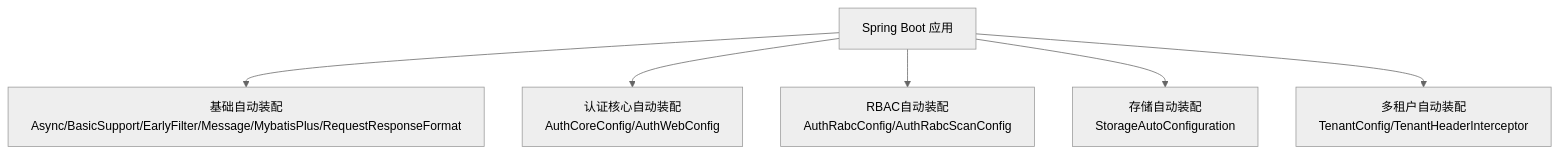
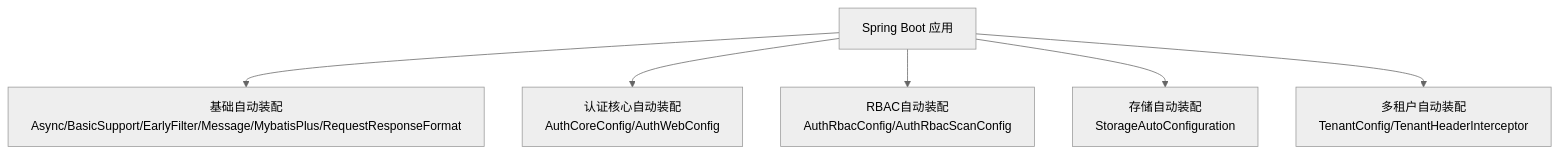
The second of 4 diagrams in .qoder/repowiki/zh/content/快速开始.md (LiukewenSC/kewen-framework), drawn with Mermaid (neutral theme) before and after one commit. The commit also changed other lines of this file and 764 other files, not shown here.

````diff
--- a/.qoder/repowiki/zh/content/快速开始.md
+++ b/.qoder/repowiki/zh/content/快速开始.md
@@ -94,8 +94,8 @@
 ```mermaid
 graph TB
 App["Spring Boot 应用"] --> BasicAuto["基础自动装配<br/>Async/BasicSupport/EarlyFilter/Message/MybatisPlus/RequestResponseFormat"]
 App --> AuthCoreAuto["认证核心自动装配<br/>AuthCoreConfig/AuthWebConfig"]
-App --> AuthRbacAuto["RBAC自动装配<br/>AuthRabcConfig/AuthRabcScanConfig"]
+App --> AuthRbacAuto["RBAC自动装配<br/>AuthRbacConfig/AuthRbacScanConfig"]
 App --> StorageAuto["存储自动装配<br/>StorageAutoConfiguration"]
 App --> TenantAuto["多租户自动装配<br/>TenantConfig/TenantHeaderInterceptor"]
 ```
````
